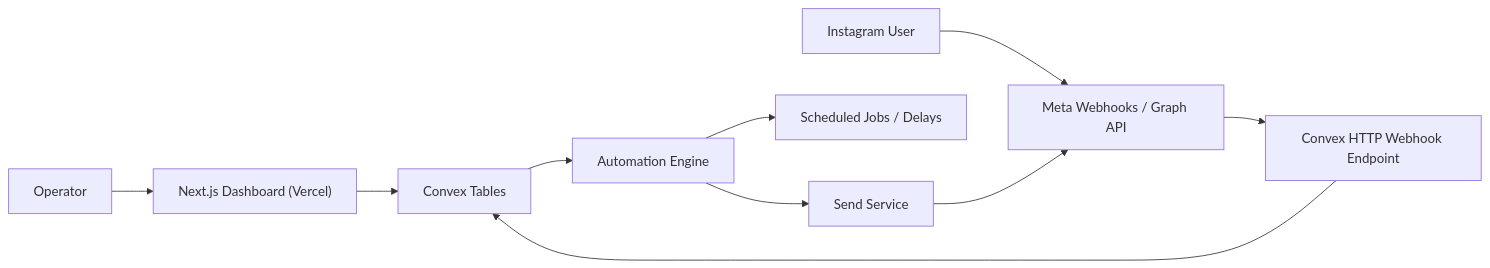
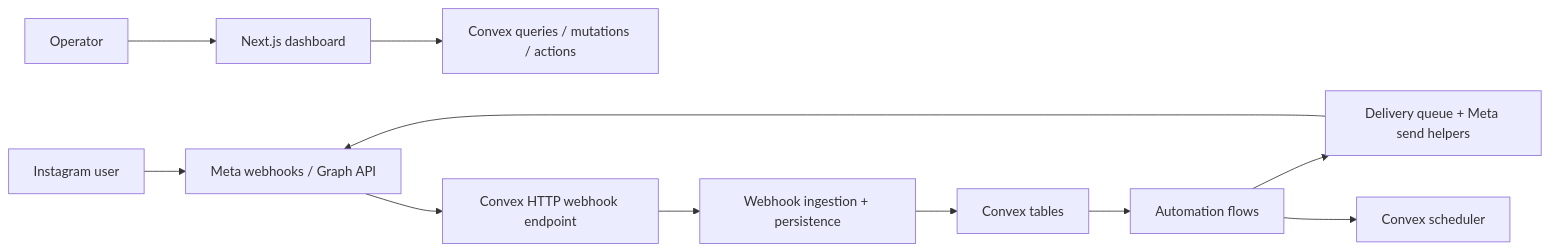
One commit to diogo-matias/nudgra-cloud changed the diagram in docs/technical-architecture.md. Above: the diagram before and after it, drawn with Mermaid. The commit also changed other lines of this file, not shown here.

Commit message:
docs: rewrite technical architecture overview

````diff
--- a/docs/technical-architecture.md
+++ b/docs/technical-architecture.md
@@ -29,12 +21,13 @@
 ```mermaid
 flowchart LR
-    U["Operator"] --> V["Next.js Dashboard (Vercel)"]
-    I["Instagram User"] --> M["Meta Webhooks / Graph API"]
-    M --> W["Convex HTTP Webhook Endpoint"]
-    W --> D["Convex Tables"]
-    D --> A["Automation Engine"]
-    A --> Q["Scheduled Jobs / Delays"]
-    A --> S["Send Service"]
+    O["Operator"] --> N["Next.js dashboard"]
+    N --> C["Convex queries / mutations / actions"]
+    I["Instagram user"] --> M["Meta webhooks / Graph API"]
+    M --> H["Convex HTTP webhook endpoint"]
+    H --> W["Webhook ingestion + persistence"]
+    W --> D["Convex tables"]
+    D --> A["Automation flows"]
+    A --> S["Delivery queue + Meta send helpers"]
+    A --> Q["Convex scheduler"]
     S --> M
-    V --> D
 ```
````
